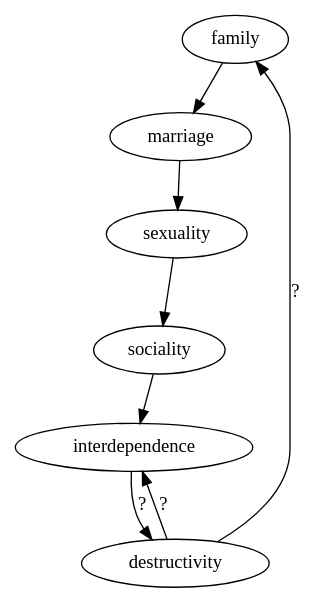
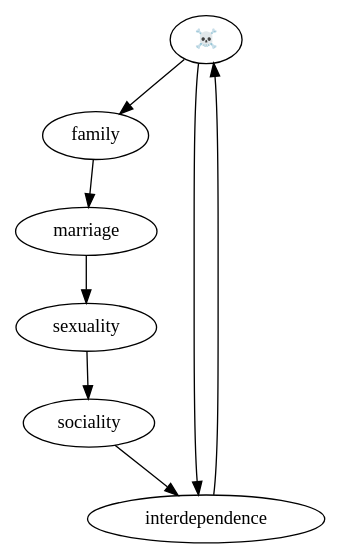
The diagram in docs/non-concern.gv (jcai849/jcai849.github.io), drawn with Graphviz before and after one commit. The commit also changed 5 other files, not shown here.

```diff
--- a/docs/non-concern.gv
+++ b/docs/non-concern.gv
@@ -1,9 +1,11 @@
 digraph G {
+	destructivity [label="☠️"];
+
 	family -> marriage;
 	marriage -> sexuality;
 	sexuality -> sociality;
 	sociality -> interdependence;
-	interdependence -> destructivity [label="?"];
-	destructivity -> interdependence [label="?"];
-	destructivity -> family [label="?"];
+	interdependence -> destructivity;
+	destructivity -> interdependence;
+	destructivity -> family;
 }
```
